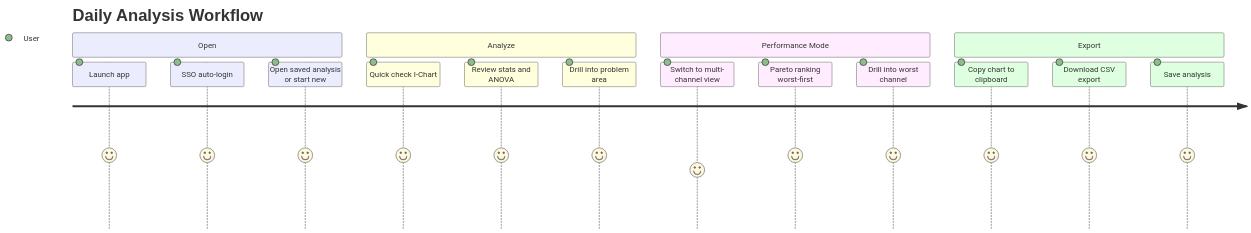
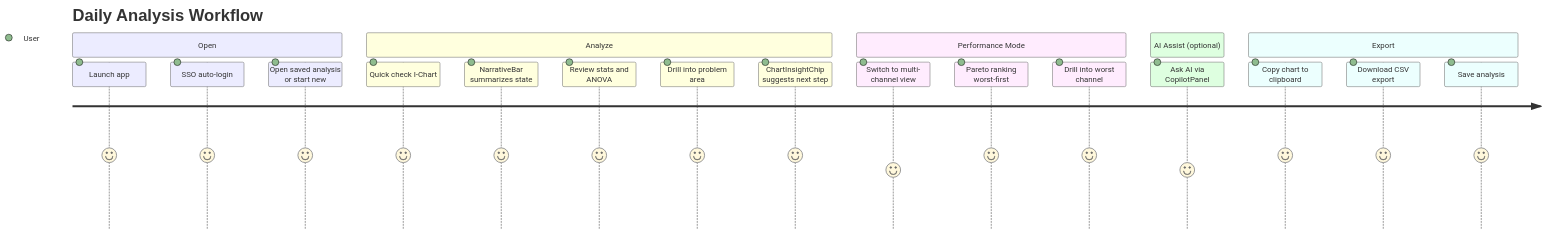
Before and after one commit to jukka-matti/variscout: the second of 2 diagrams in docs/02-journeys/flows/azure-daily-use.md, drawn with Mermaid. The commit also changed other lines of this file and 18 other files, not shown here.

````diff
--- a/docs/02-journeys/flows/azure-daily-use.md
+++ b/docs/02-journeys/flows/azure-daily-use.md
@@ -64,20 +70,24 @@
 ```mermaid
 journey
     title Daily Analysis Workflow
     section Open
       Launch app: 5: User
       SSO auto-login: 5: User
       Open saved analysis or start new: 5: User
     section Analyze
       Quick check I-Chart: 5: User
+      NarrativeBar summarizes state: 5: User
       Review stats and ANOVA: 5: User
       Drill into problem area: 5: User
+      ChartInsightChip suggests next step: 5: User
     section Performance Mode
       Switch to multi-channel view: 4: User
       Pareto ranking worst-first: 5: User
       Drill into worst channel: 5: User
+    section AI Assist (optional)
+      Ask AI via CopilotPanel: 4: User
     section Export
       Copy chart to clipboard: 5: User
       Download CSV export: 5: User
       Save analysis: 5: User
 ```
````
